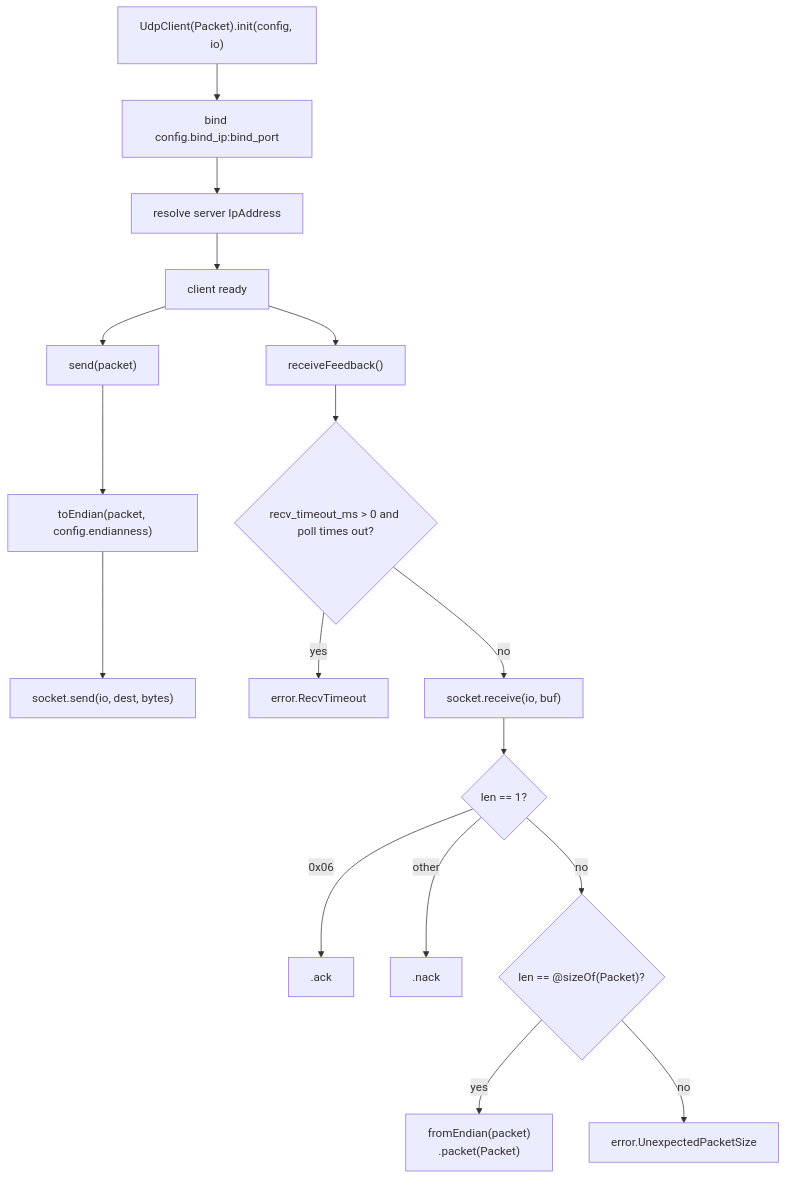
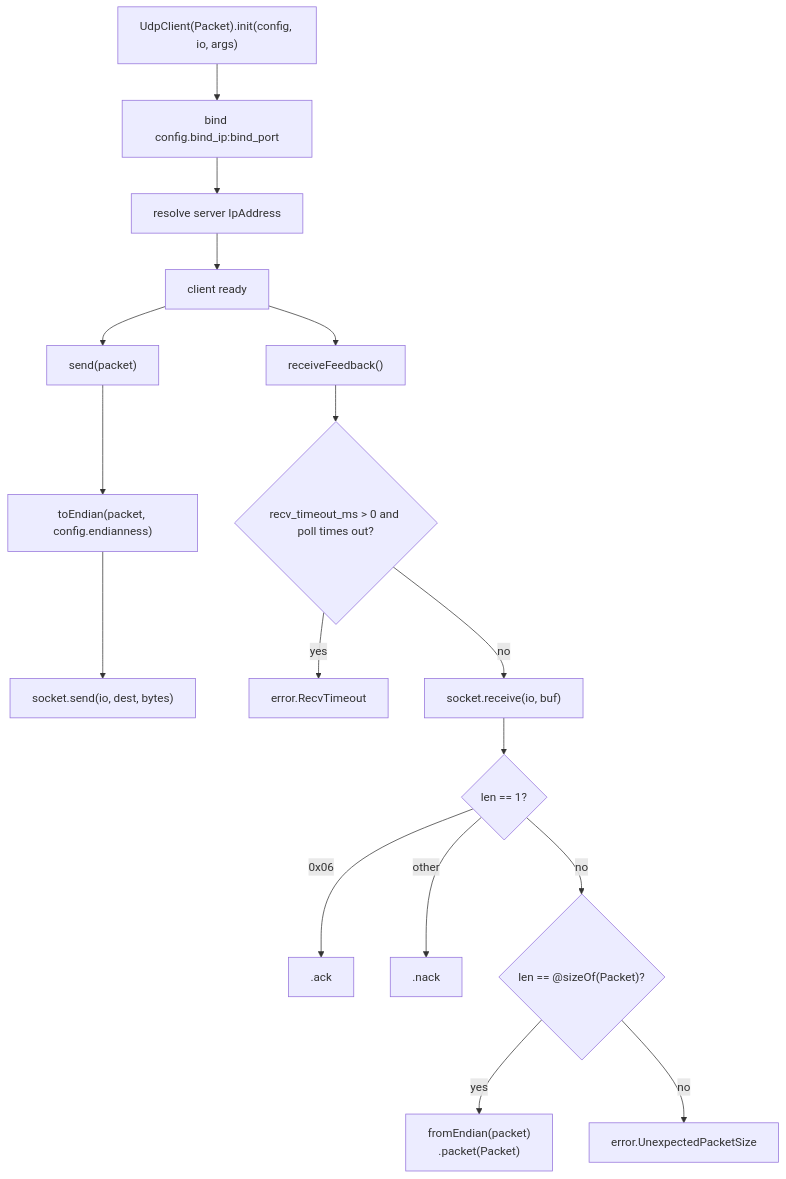
One commit to prothegee/zix changed the second of 5 diagrams in docs/hld-udp-id.md. Above: the diagram before and after it, drawn with Mermaid. The commit also changed other lines of this file and 1 other file, not shown here.

Commit message:
sync udp hld to allow_args api

````diff
--- a/docs/hld-udp-id.md
+++ b/docs/hld-udp-id.md
@@ -54,19 +54,19 @@
 ```mermaid
 flowchart TD
-    A["UdpClient(Packet).init(config, io)"] --> B["bind config.bind_ip:bind_port"]
+    A["UdpClient(Packet).init(config, io, args)"] --> B["bind config.bind_ip:bind_port"]
     B --> C["resolve server IpAddress"]
     C --> D["client ready"]
     D --> E["send(packet)"]
     E --> F["toEndian(packet, config.endianness)"]
     F --> G["socket.send(io, dest, bytes)"]
     D --> H["receiveFeedback()"]
     H --> P{"recv_timeout_ms > 0 and poll times out?"}
     P -->|yes| Q["error.RecvTimeout"]
     P -->|no| I["socket.receive(io, buf)"]
     I --> J{"len == 1?"}
     J -->|0x06| K[".ack"]
     J -->|other| L[".nack"]
     J -->|no| M{"len == @sizeOf(Packet)?"}
     M -->|yes| N["fromEndian(packet)\n.packet(Packet)"]
     M -->|no| O["error.UnexpectedPacketSize"]
 ```
````
